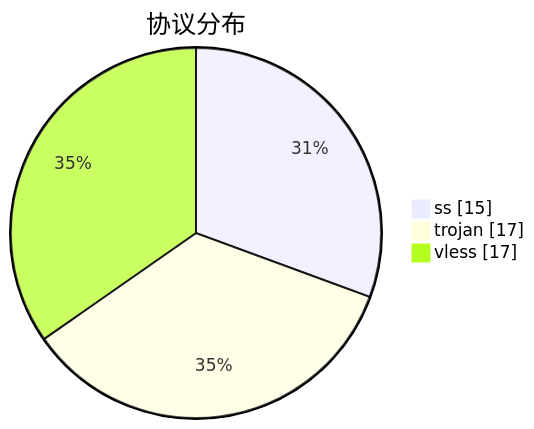
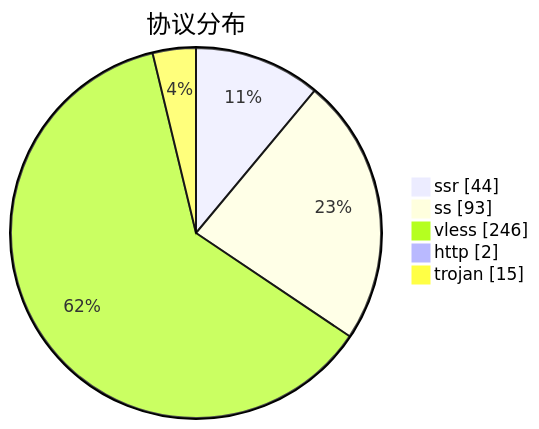
Before and after one commit to qjlxg/airport: the third of 3 diagrams in subs/statistics/tested_within.md, drawn with Mermaid. The commit also changed other lines of this file and 2 other files, not shown here.

````diff
--- a/subs/statistics/tested_within.md
+++ b/subs/statistics/tested_within.md
@@ -15,7 +19,9 @@
 ```mermaid
 pie showData
 title 协议分布
-"ss" : 15
-"trojan" : 17
-"vless" : 17
+"ssr" : 44
+"ss" : 93
+"vless" : 246
+"http" : 2
+"trojan" : 15
 ```
````
